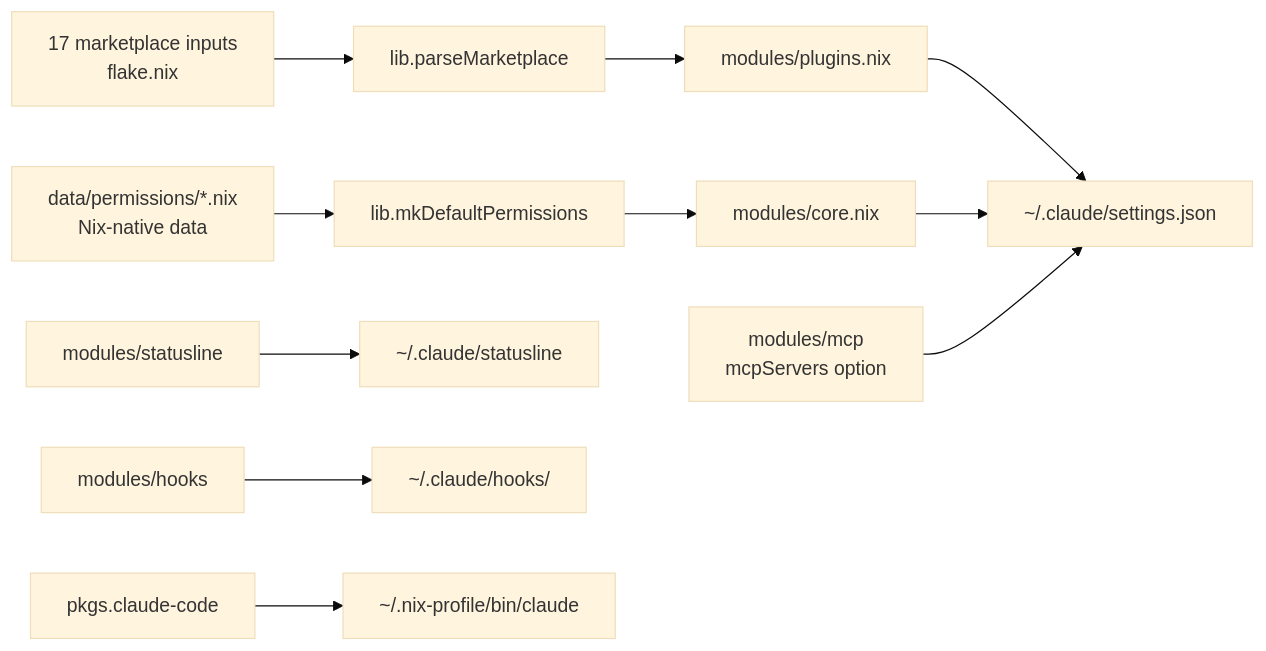
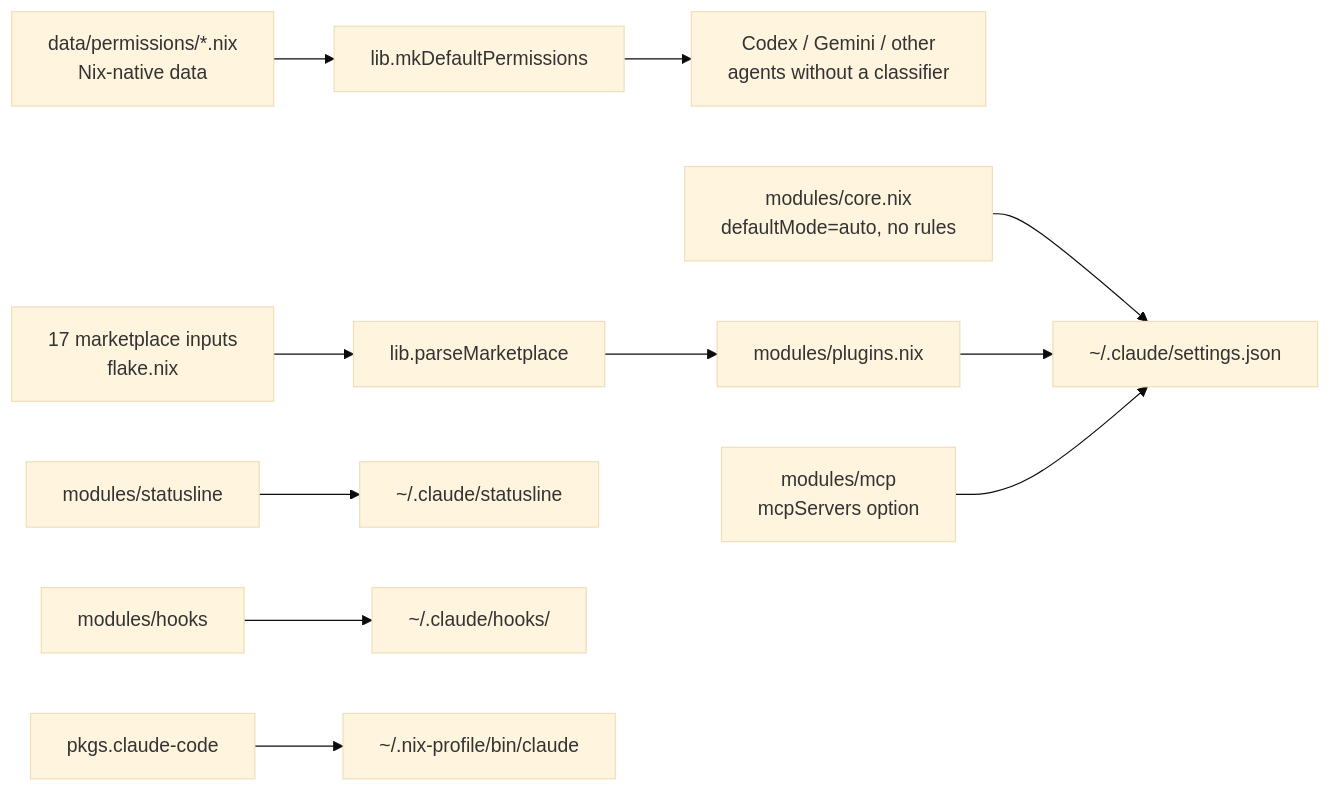
One commit to dryvist/nix-claude-code changed the diagram in README.md. Above: the diagram before and after it, drawn with Mermaid (base theme). The commit also changed other lines of this file and 13 other files, not shown here.

First line of the commit message:
feat(permissions)!: rely exclusively on the auto-mode classifier (#142)

````diff
--- a/README.md
+++ b/README.md
@@ -124,13 +128,13 @@
 ```mermaid
 flowchart LR
     A[17 marketplace inputs<br/>flake.nix] --> B[lib.parseMarketplace]
     C[data/permissions/*.nix<br/>Nix-native data] --> D[lib.mkDefaultPermissions]
+    D --> P[Codex / Gemini / other<br/>agents without a classifier]
     B --> E[modules/plugins.nix]
-    D --> F[modules/core.nix]
-    E --> G[~/.claude/settings.json]
-    F --> G
+    F[modules/core.nix<br/>defaultMode=auto, no rules] --> G[~/.claude/settings.json]
+    E --> G
     H[modules/statusline] --> I[~/.claude/statusline]
     J[modules/hooks] --> K[~/.claude/hooks/]
     L[modules/mcp<br/>mcpServers option] --> G
     M[pkgs.claude-code] --> N[~/.nix-profile/bin/claude]
 ```
````
